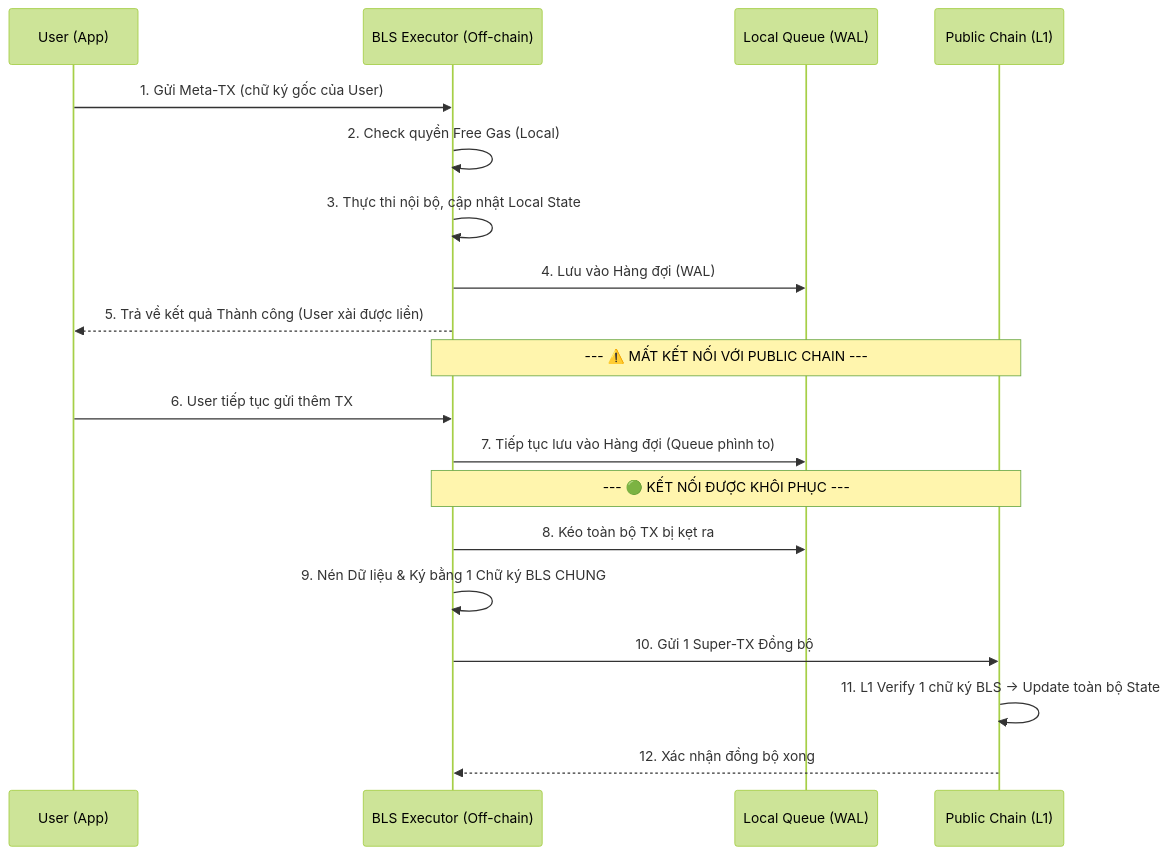
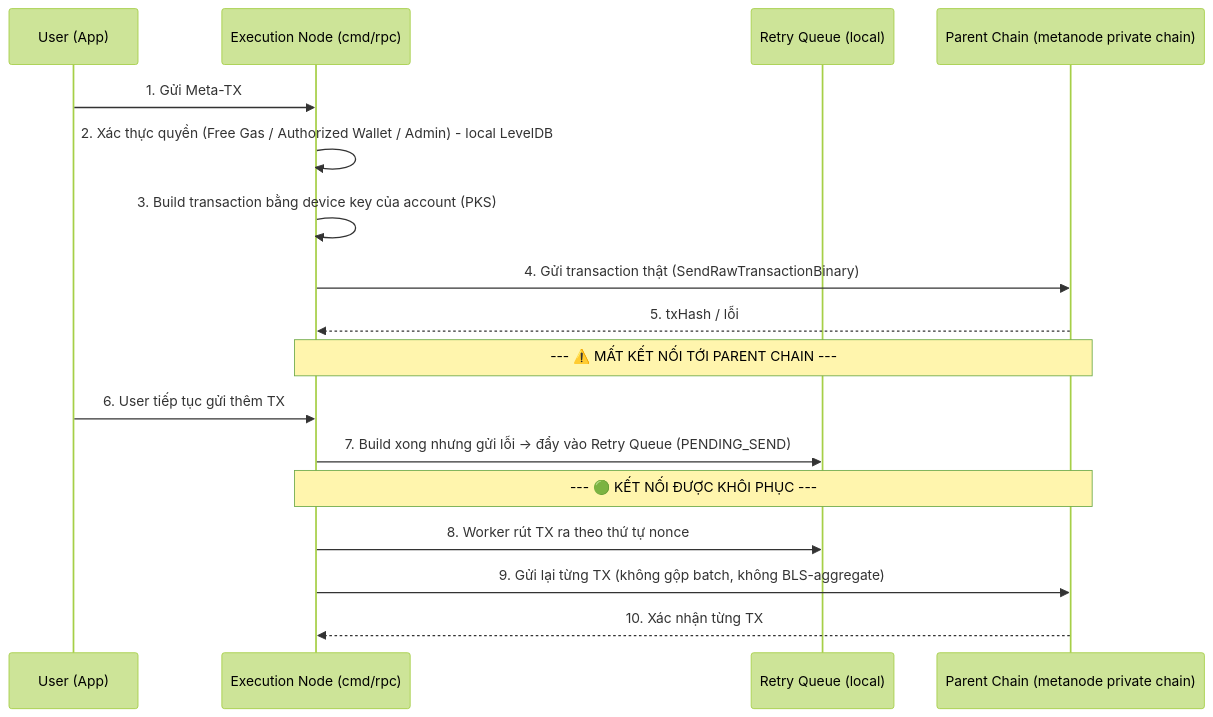
One commit to x3pi/metanode changed the diagram in execution/pkg/rollup/SEQUENCER_DESIGN.md. Above: the diagram before and after it, drawn with Mermaid (forest theme). The commit also changed other lines of this file, not shown here.

First line of the commit message:
docs(rollup): rewrite as standalone execution node design, add public chain registry

````diff
--- a/execution/pkg/rollup/SEQUENCER_DESIGN.md
+++ b/execution/pkg/rollup/SEQUENCER_DESIGN.md
@@ -47,25 +53,22 @@
 ```mermaid
 sequenceDiagram
     participant U as User (App)
-    participant E as BLS Executor (Off-chain)
-    participant Q as Local Queue (WAL)
-    participant L1 as Public Chain (L1)
+    participant N as Execution Node (cmd/rpc)
+    participant Q as Retry Queue (local)
+    participant P as Parent Chain (metanode private chain)
 
-    U->>E: 1. Gửi Meta-TX (chữ ký gốc của User)
-    E->>E: 2. Check quyền Free Gas (Local)
-    E->>E: 3. Thực thi nội bộ, cập nhật Local State
-    E->>Q: 4. Lưu vào Hàng đợi (WAL)
-    E-->>U: 5. Trả về kết quả Thành công (User xài được liền)
-    
-    note over E, L1: --- ⚠️ MẤT KẾT NỐI VỚI PUBLIC CHAIN ---
-    U->>E: 6. User tiếp tục gửi thêm TX
-    E->>Q: 7. Tiếp tục lưu vào Hàng đợi (Queue phình to)
-    
-    note over E, L1: --- 🟢 KẾT NỐI ĐƯỢC KHÔI PHỤC ---
-    E->>Q: 8. Kéo toàn bộ TX bị kẹt ra
-    E->>E: 9. Nén Dữ liệu & Ký bằng 1 Chữ ký BLS CHUNG
-    
-    E->>L1: 10. Gửi 1 Super-TX Đồng bộ
-    L1->>L1: 11. L1 Verify 1 chữ ký BLS -> Update toàn bộ State
-    L1-->>E: 12. Xác nhận đồng bộ xong
+    U->>N: 1. Gửi Meta-TX
+    N->>N: 2. Xác thực quyền (Free Gas / Authorized Wallet / Admin) - local LevelDB
+    N->>N: 3. Build transaction bằng device key của account (PKS)
+    N->>P: 4. Gửi transaction thật (SendRawTransactionBinary)
+    P-->>N: 5. txHash / lỗi
+
+    note over N, P: --- ⚠️ MẤT KẾT NỐI TỚI PARENT CHAIN ---
+    U->>N: 6. User tiếp tục gửi thêm TX
+    N->>Q: 7. Build xong nhưng gửi lỗi -> đẩy vào Retry Queue (PENDING_SEND)
+
+    note over N, P: --- 🟢 KẾT NỐI ĐƯỢC KHÔI PHỤC ---
+    N->>Q: 8. Worker rút TX ra theo thứ tự nonce
+    N->>P: 9. Gửi lại từng TX (không gộp batch, không BLS-aggregate)
+    P-->>N: 10. Xác nhận từng TX
 ```
````
